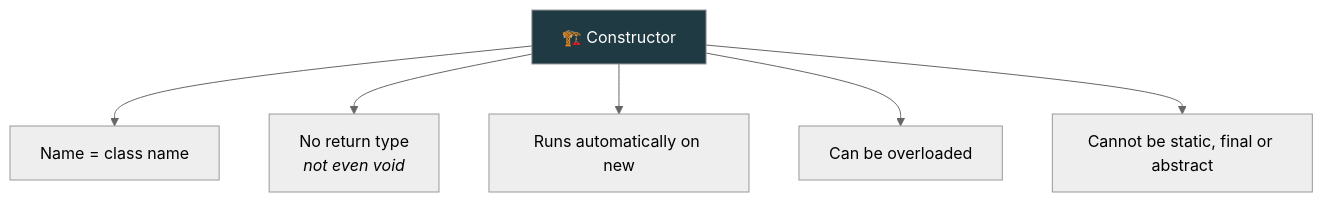
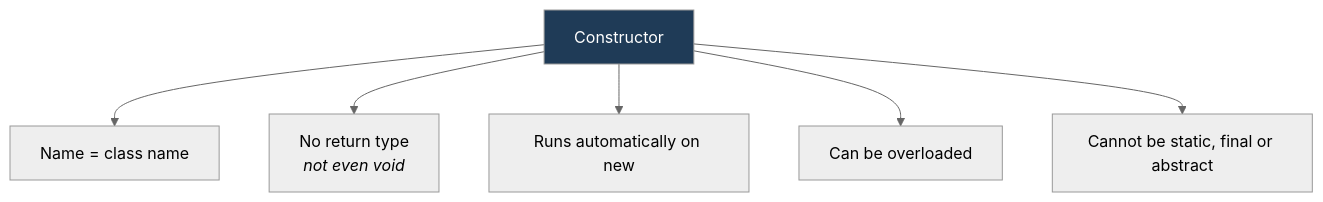
One commit to kundankumarsharma56/Leaning-Java changed the first of 2 diagrams in src/Theory/05-OOPS-Part-1/06-Constructor.md. Above: the diagram before and after it, drawn with Mermaid (neutral theme). The commit also changed other lines of this file and 84 other files, not shown here.

````diff
--- a/src/Theory/05-OOPS-Part-1/06-Constructor.md
+++ b/src/Theory/05-OOPS-Part-1/06-Constructor.md
@@ -21,9 +21,9 @@
 ```mermaid
 flowchart TD
-    C["🏗️ Constructor"] --> R1["Name = class name"]
+    C["Constructor"] --> R1["Name = class name"]
     C --> R2["No return type<br/><i>not even void</i>"]
     C --> R3["Runs automatically on new"]
     C --> R4["Can be overloaded"]
     C --> R5["Cannot be static, final or abstract"]
-    style C fill:#203a43,color:#fff
+    style C fill:#1f3b57,color:#fff
 ```
````
